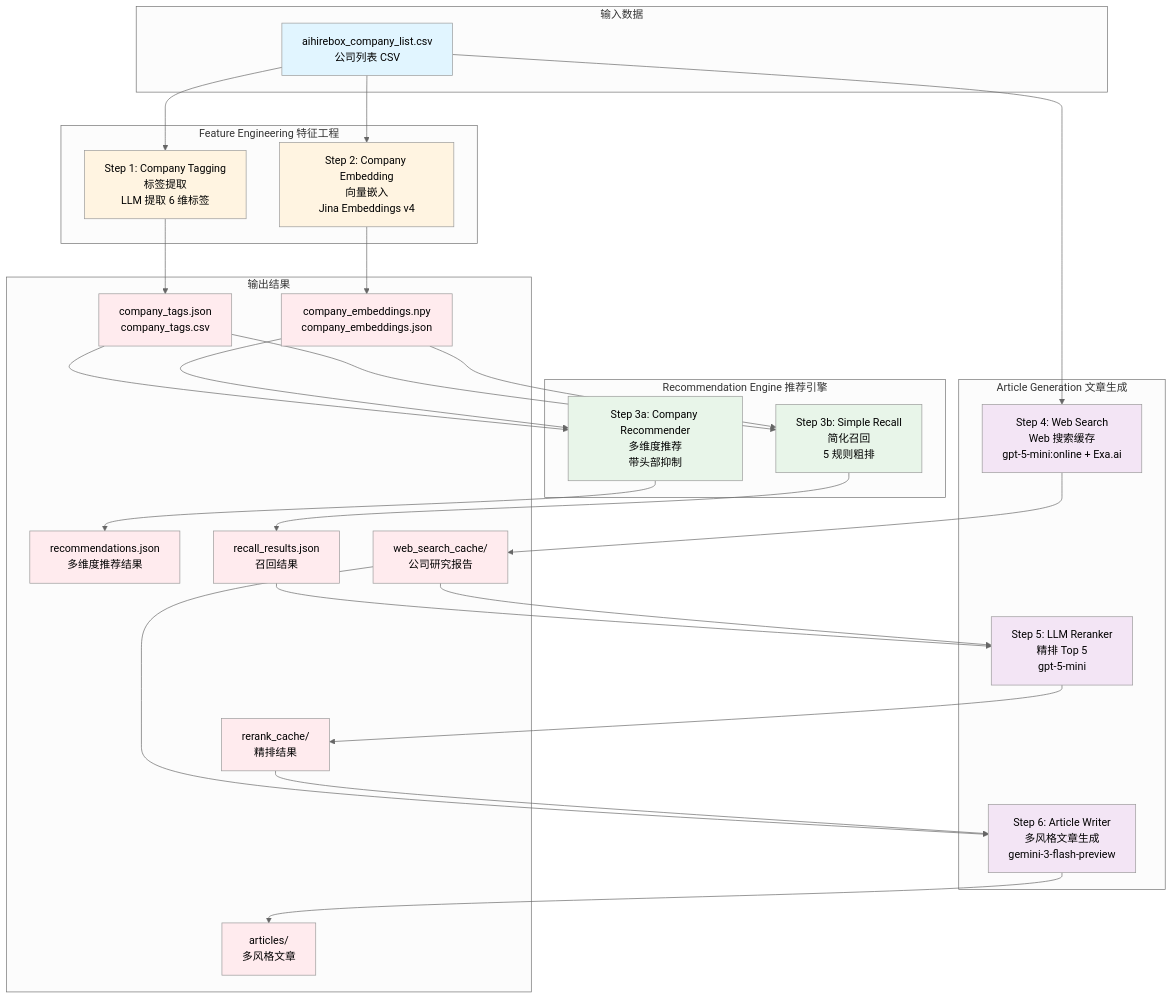
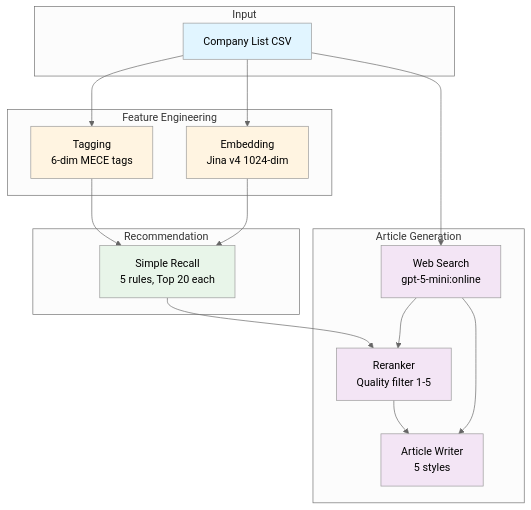
Before and after one commit to PalmPalm7/aihirebox-company-recsys: the diagram in README.md, drawn with Mermaid (neutral theme). The commit also changed other lines of this file and 28 other files, not shown here.

````diff
--- a/README.md
+++ b/README.md
@@ -100,73 +90,37 @@
 ```mermaid
 flowchart TB
-    subgraph input[输入数据]
-        csv[aihirebox_company_list.csv<br/>公司列表 CSV]
+    subgraph input[Input]
+        csv[Company List CSV]
     end
-    
-    subgraph fe[Feature Engineering 特征工程]
-        step1[Step 1: Company Tagging<br/>标签提取<br/>LLM 提取 6 维标签]
-        step2[Step 2: Company Embedding<br/>向量嵌入<br/>Jina Embeddings v4]
+
+    subgraph fe[Feature Engineering]
+        step1[Tagging<br/>6-dim MECE tags]
+        step2[Embedding<br/>Jina v4 1024-dim]
     end
-    
-    subgraph rec[Recommendation Engine 推荐引擎]
-        step3a[Step 3a: Company Recommender<br/>多维度推荐<br/>带头部抑制]
-        step3b[Step 3b: Simple Recall<br/>简化召回<br/>5 规则粗排]
+
+    subgraph rec[Recommendation]
+        step3[Simple Recall<br/>5 rules, Top 20 each]
     end
-    
-    subgraph article[Article Generation 文章生成]
-        step4[Step 4: Web Search<br/>Web 搜索缓存<br/>gpt-5-mini:online + Exa.ai]
-        step5[Step 5: LLM Reranker<br/>精排 Top 5<br/>gpt-5-mini]
-        step6[Step 6: Article Writer<br/>多风格文章生成<br/>gemini-3-flash-preview]
+
+    subgraph article[Article Generation]
+        step4[Web Search<br/>gpt-5-mini:online]
+        step5[Reranker<br/>Quality filter 1-5]
+        step6[Article Writer<br/>5 styles]
     end
-    
-    subgraph output[输出结果]
-        out1[company_tags.json<br/>company_tags.csv]
-        out2[company_embeddings.npy<br/>company_embeddings.json]
-        out3a[recommendations.json<br/>多维度推荐结果]
-        out3b[recall_results.json<br/>召回结果]
-        out4[web_search_cache/<br/>公司研究报告]
-        out5[rerank_cache/<br/>精排结果]
-        out6[articles/<br/>多风格文章]
-    end
-    
-    csv --> step1
-    csv --> step2
-    
-    step1 --> out1
-    step2 --> out2
-    
-    out1 --> step3a
-    out2 --> step3a
-    out1 --> step3b
-    out2 --> step3b
-    
-    step3a --> out3a
-    step3b --> out3b
-    
+
+    csv --> step1 --> step3
+    csv --> step2 --> step3
     csv --> step4
-    step4 --> out4
-    
-    out3b --> step5
-    out4 --> step5
-    step5 --> out5
-    
-    out4 --> step6
-    out5 --> step6
-    step6 --> out6
-    
+    step3 --> step5
+    step4 --> step5
+    step4 --> step6
+    step5 --> step6
+
     style csv fill:#e1f5ff
     style step1 fill:#fff4e1
     style step2 fill:#fff4e1
-    style step3a fill:#e8f5e9
-    style step3b fill:#e8f5e9
+    style step3 fill:#e8f5e9
     style step4 fill:#f3e5f5
     style step5 fill:#f3e5f5
     style step6 fill:#f3e5f5
-    style out1 fill:#ffebee
-    style out2 fill:#ffebee
-    style out3a fill:#ffebee
-    style out3b fill:#ffebee
-    style out4 fill:#ffebee
-    style out5 fill:#ffebee
-    style out6 fill:#ffebee
 ```
````
